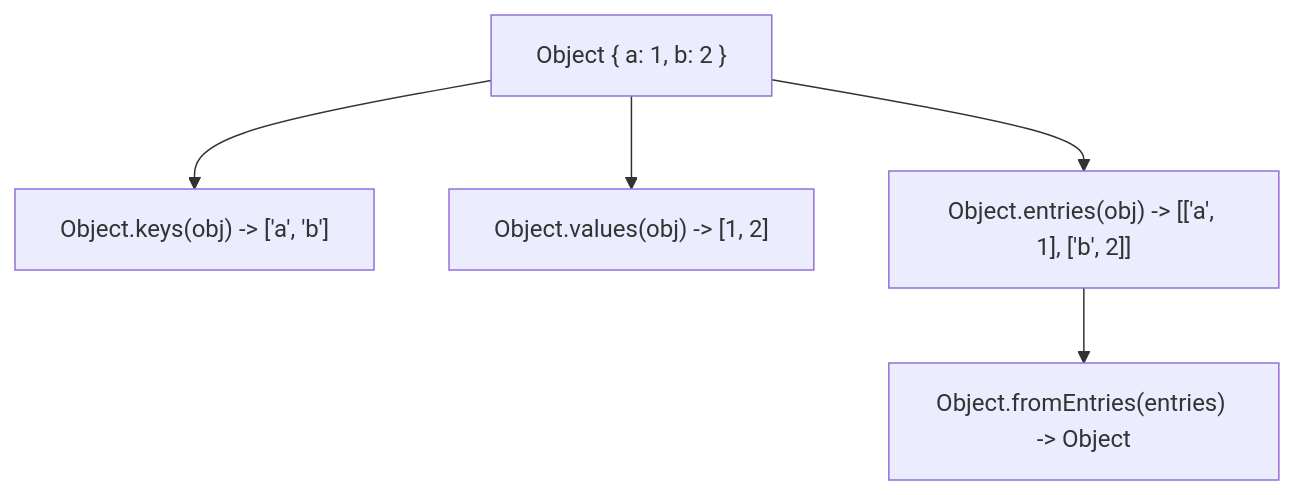
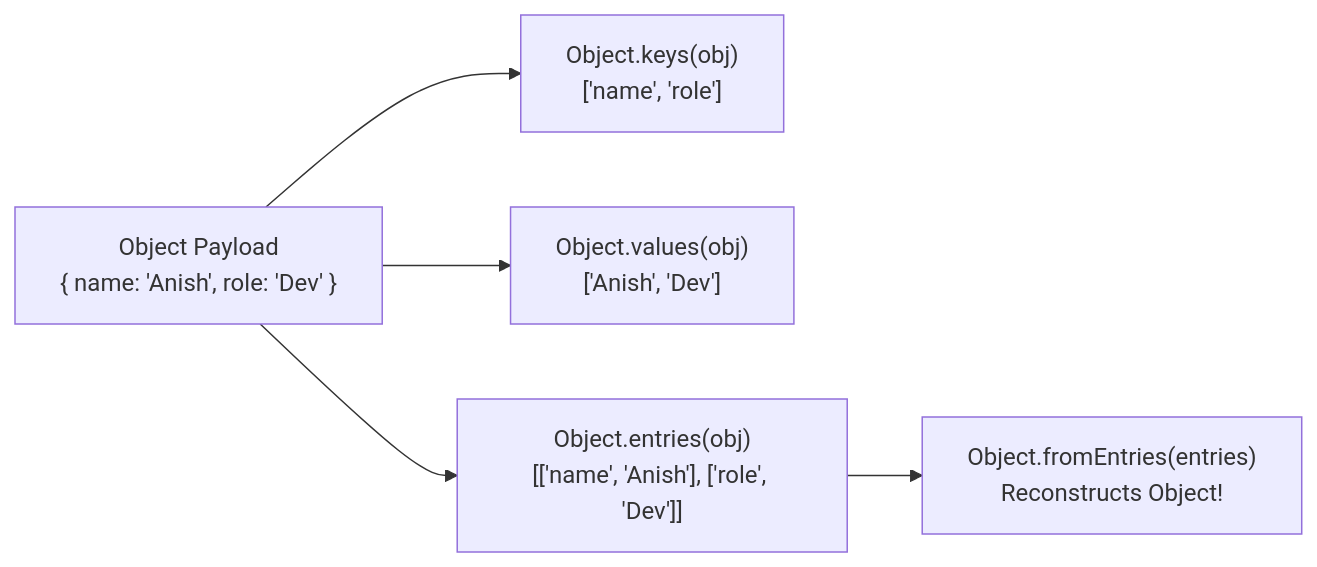
The first of 3 diagrams in js-notes/13-object-methods.md (Amie-dev/engineering-playbook), drawn with Mermaid before and after one commit. The commit also changed other lines of this file and 42 other files, not shown here.

````diff
--- a/js-notes/13-object-methods.md
+++ b/js-notes/13-object-methods.md
@@ -10,7 +13,8 @@
 ```mermaid
-graph TD
-    Obj["Object { a: 1, b: 2 }"] --> Keys["Object.keys(obj) -> ['a', 'b']"]
-    Obj --> Values["Object.values(obj) -> [1, 2]"]
-    Obj --> Entries["Object.entries(obj) -> [['a', 1], ['b', 2]]"]
-    Entries --> FromEntries["Object.fromEntries(entries) -> Object"]
+flowchart LR
+    Obj["Object Payload<br/>{ name: 'Anish', role: 'Dev' }"] --> Keys["Object.keys(obj)<br/>['name', 'role']"]
+    Obj --> Values["Object.values(obj)<br/>['Anish', 'Dev']"]
+    Obj --> Entries["Object.entries(obj)<br/>[['name', 'Anish'], ['role', 'Dev']]"]
+    
+    Entries --> FromEntries["Object.fromEntries(entries)<br/>Reconstructs Object!"]
 ```
````
